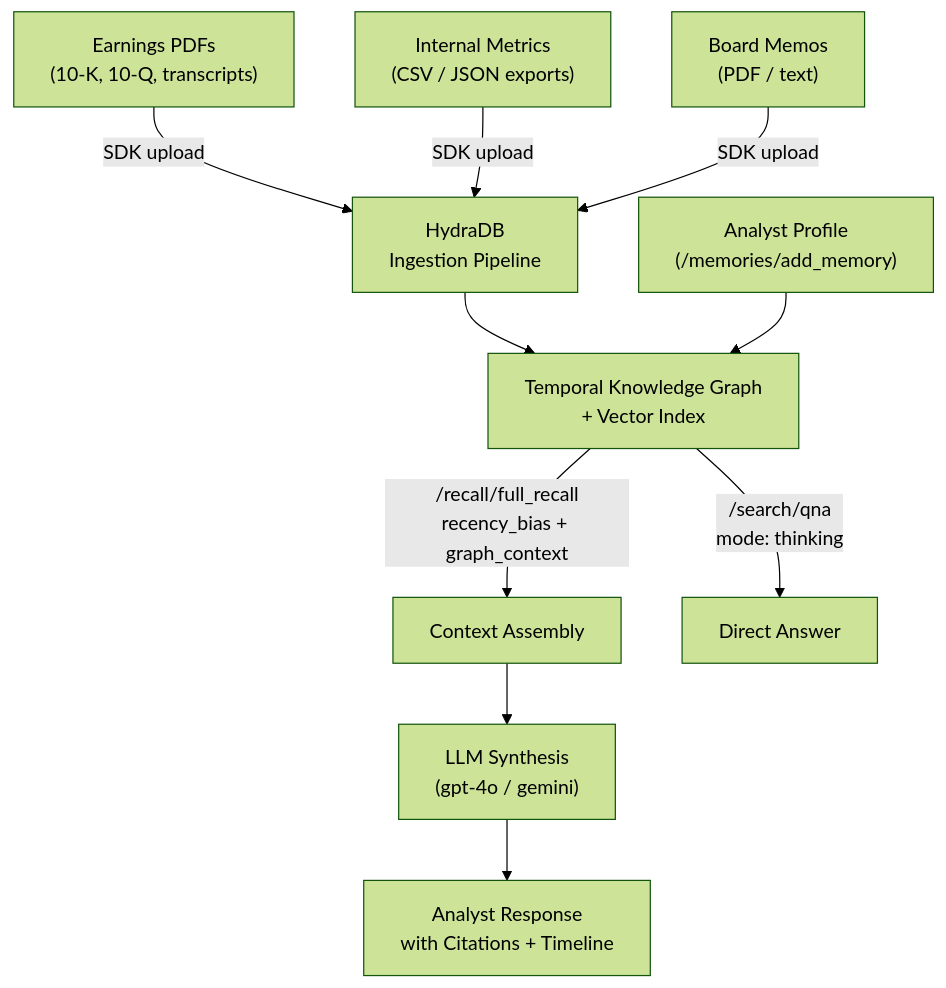
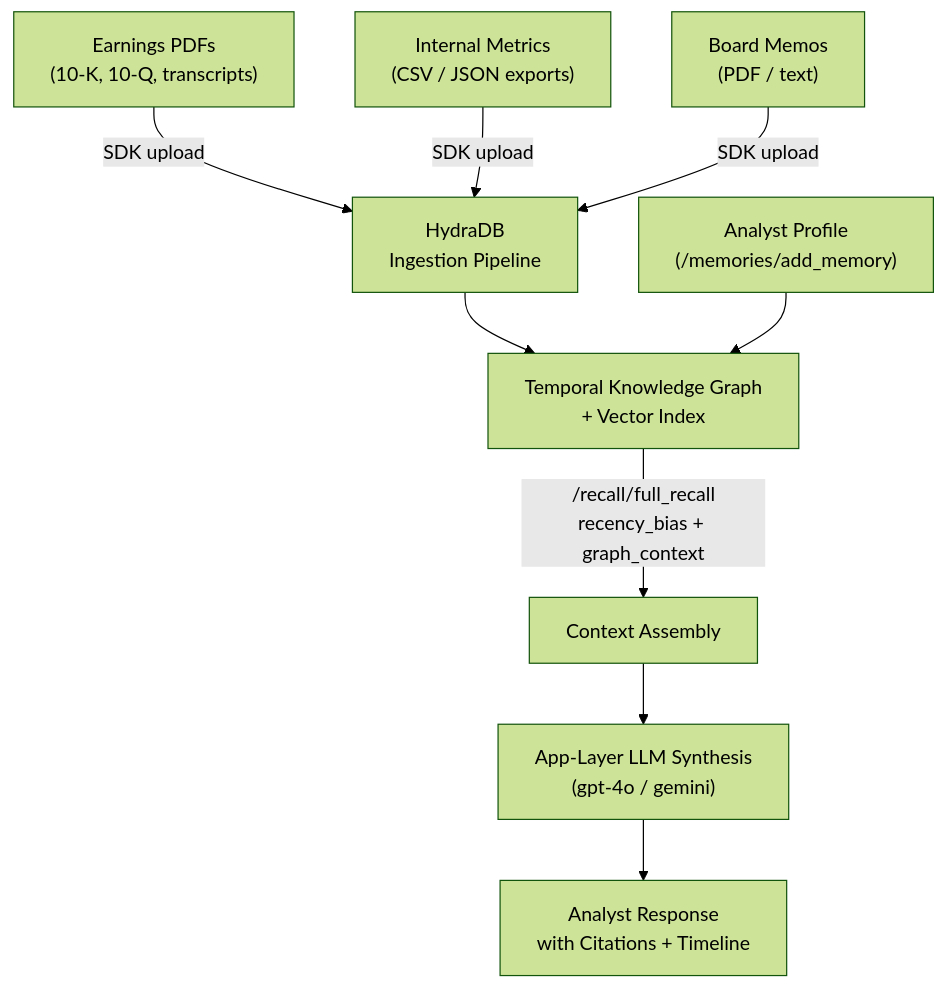
The diagram in cookbooks/cookbook-10-ai-financial-analyst.mdx (donendosted/mintlify-docs), drawn with Mermaid (forest theme) before and after one commit. The commit also changed other lines of this file and 6 other files, not shown here.

````diff
--- a/cookbooks/cookbook-10-ai-financial-analyst.mdx
+++ b/cookbooks/cookbook-10-ai-financial-analyst.mdx
@@ -43,12 +43,11 @@
 ```mermaid
 graph TD
     A["Earnings PDFs\n(10-K, 10-Q, transcripts)"] -->|SDK upload| B["HydraDB\nIngestion Pipeline"]
     C["Internal Metrics\n(CSV / JSON exports)"] -->|SDK upload| B
     D["Board Memos\n(PDF / text)"] -->|SDK upload| B
     B --> E["Temporal Knowledge Graph\n+ Vector Index"]
     F["Analyst Profile\n(/memories/add_memory)"] --> E
     E -->|"/recall/full_recall\nrecency_bias + graph_context"| G["Context Assembly"]
-    E -->|"/search/qna\nmode: thinking"| H["Direct Answer"]
-    G --> I["LLM Synthesis\n(gpt-4o / gemini)"]
+    G --> I["App-Layer LLM Synthesis\n(gpt-4o / gemini)"]
     I --> J["Analyst Response\nwith Citations + Timeline"]
 ```
````
